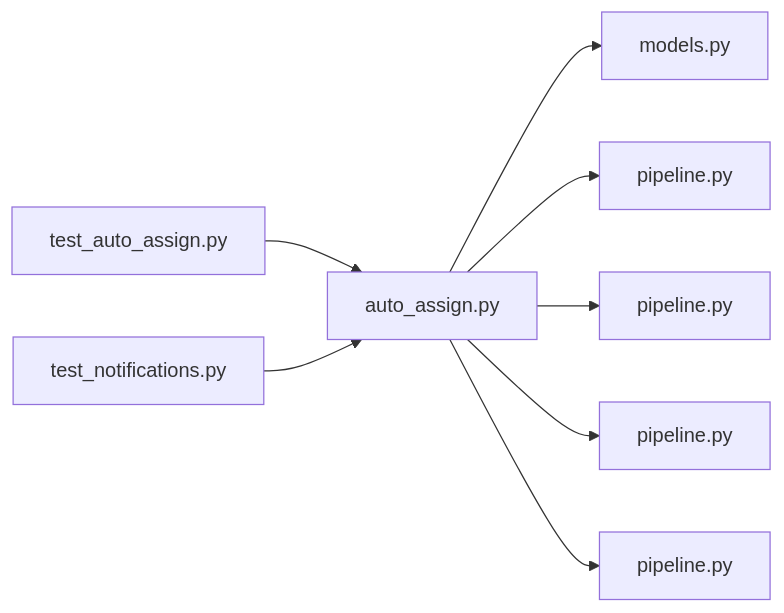
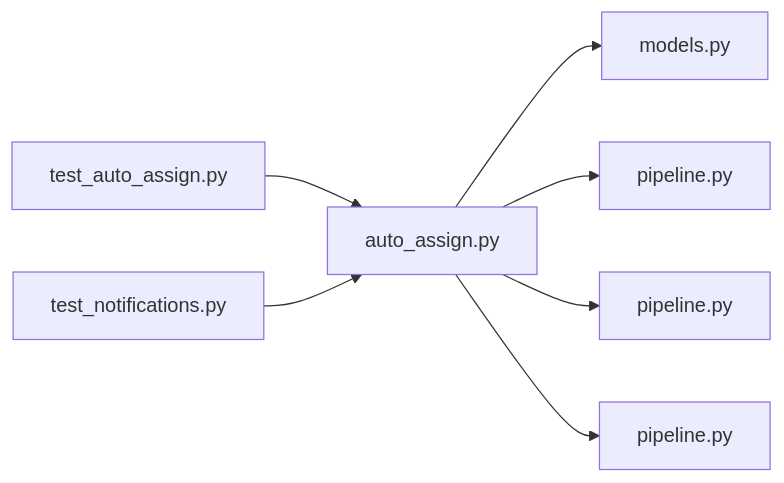
The diagram in .cluedoc/graph/backend/src/backend/jobs/auto_assign.md (minkong-dev/Banblit), drawn with Mermaid before and after one commit. The commit also changed other lines of this file and 64 other files, not shown here.

First line of the commit message:
backend: assign up to the target with allowed absences and keep short results as records

````diff
--- a/.cluedoc/graph/backend/src/backend/jobs/auto_assign.md
+++ b/.cluedoc/graph/backend/src/backend/jobs/auto_assign.md
@@ -10,11 +10,10 @@
 ```mermaid
 flowchart LR
   backend_src_backend_jobs_auto_assign["auto_assign.py"]
   backend_src_backend_jobs_auto_assign --> backend_src_backend_db_models["models.py"]
   backend_src_backend_jobs_auto_assign --> backend_src_backend_db_pipeline["pipeline.py"]
   backend_src_backend_jobs_auto_assign --> backend_src_backend_services_board_pipeline["pipeline.py"]
-  backend_src_backend_jobs_auto_assign --> backend_src_backend_services_notification_pipeline["pipeline.py"]
   backend_src_backend_jobs_auto_assign --> backend_src_backend_services_period_pipeline["pipeline.py"]
   backend_tests_integration_db_test_auto_assign["test_auto_assign.py"] --> backend_src_backend_jobs_auto_assign
   backend_tests_integration_db_test_notifications["test_notifications.py"] --> backend_src_backend_jobs_auto_assign
 ```
````
